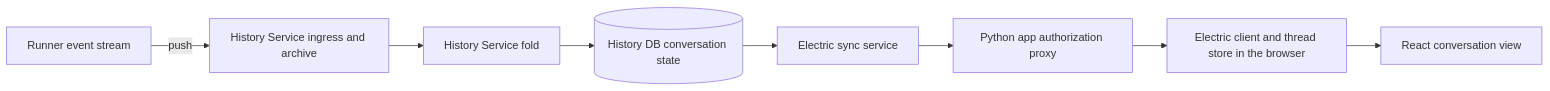
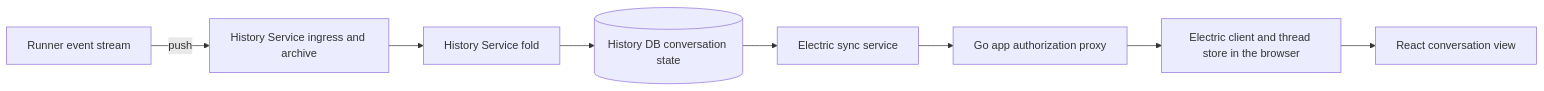
Before and after one commit to agentydragon-agent/ducktape: the diagram in agentplane/docs/thread_view_sync.md, drawn with Mermaid. The commit also changed 135 other files, not shown here.

````diff
--- a/agentplane/docs/thread_view_sync.md
+++ b/agentplane/docs/thread_view_sync.md
@@ -249,10 +249,10 @@
 ```mermaid
 flowchart LR
     runner[Runner event stream] -->|push| archive[History Service ingress and archive]
     archive --> history[History Service fold]
     history --> pg[(History DB conversation state)]
     pg --> electric[Electric sync service]
-    electric --> proxy[Python app authorization proxy]
+    electric --> proxy[Go app authorization proxy]
     proxy --> client[Electric client and thread store in the browser]
     client --> react[React conversation view]
 ```
````
